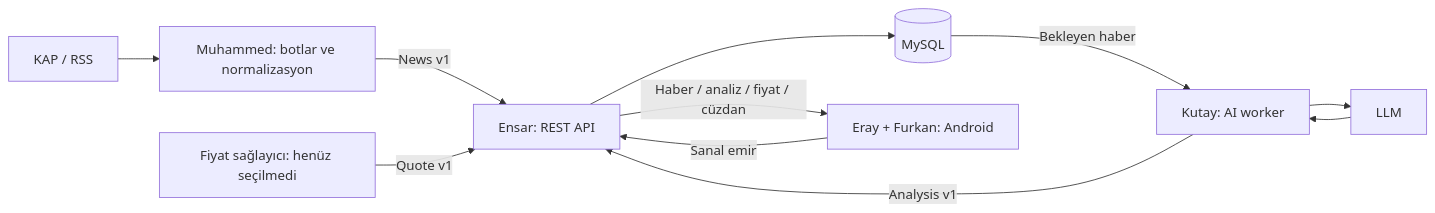
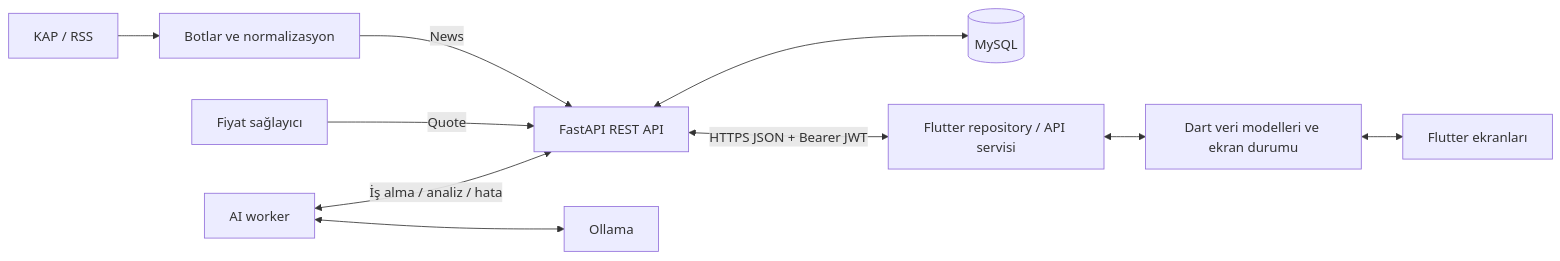
Before and after one commit to Muhammedzulal/Finance_Expert: the diagram in docs/mimari.md, drawn with Mermaid. The commit also changed other lines of this file and 7 other files, not shown here.

Commit message:
docs: Flutter mimarisi ve okuma API sozlesmeleri, backend CI testleri

````diff
--- a/docs/mimari.md
+++ b/docs/mimari.md
@@ -18,13 +19,12 @@
 ```mermaid
 flowchart LR
-    K[KAP / RSS] --> S[Muhammed: botlar ve normalizasyon]
-    S -->|News v1| B[Ensar: REST API]
-    P[Fiyat sağlayıcı: henüz seçilmedi] -->|Quote v1| B
-    B --> DB[(MySQL)]
-    DB -->|Bekleyen haber| W[Kutay: AI worker]
-    W --> L[LLM]
-    L --> W
-    W -->|Analysis v1| B
-    B -->|Haber / analiz / fiyat / cüzdan| A[Eray + Furkan: Android]
-    A -->|Sanal emir| B
+    K[KAP / RSS] --> S[Botlar ve normalizasyon]
+    S -->|News| B[FastAPI REST API]
+    P[Fiyat sağlayıcı] -->|Quote| B
+    B <--> DB[(MySQL)]
+    W[AI worker] <-->|İş alma / analiz / hata| B
+    W <--> L[Ollama]
+    B <-->|HTTPS JSON + Bearer JWT| R[Flutter repository / API servisi]
+    R <--> M[Dart veri modelleri ve ekran durumu]
+    M <--> U[Flutter ekranları]
 ```
````
